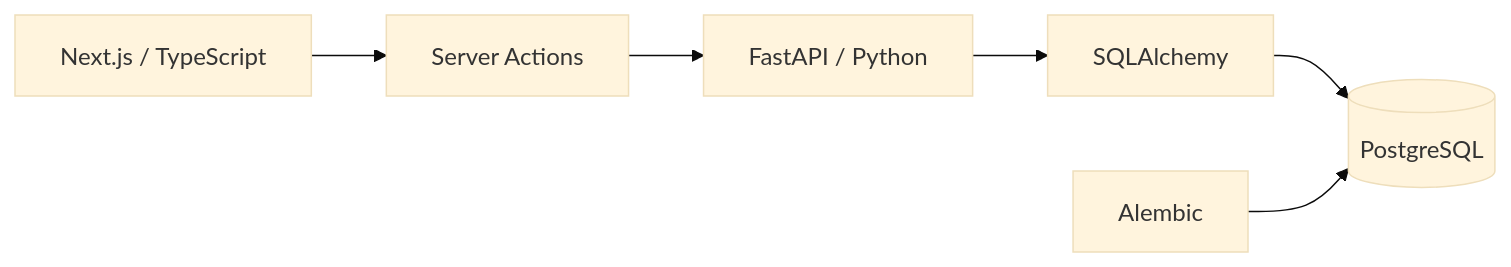
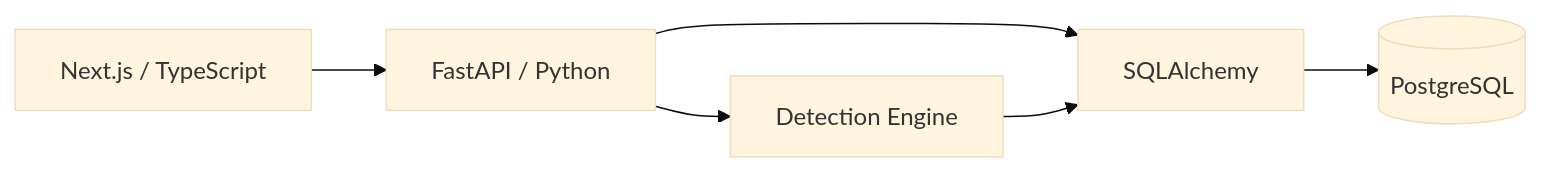
Before and after one commit to danielguillaumont/case-zero: the diagram in README.md, drawn with Mermaid (base theme). The commit also changed other lines of this file, not shown here.

````diff
--- a/README.md
+++ b/README.md
@@ -191,15 +139,14 @@
 ```mermaid
 flowchart LR
     UI["Next.js / TypeScript"]
-    ACTIONS["Server Actions"]
     API["FastAPI / Python"]
+    DET["Detection Engine"]
     ORM["SQLAlchemy"]
     DB[("PostgreSQL")]
-    MIG["Alembic"]
 
-    UI --> ACTIONS
-    ACTIONS --> API
+    UI --> API
+    API --> DET
     API --> ORM
+    DET --> ORM
     ORM --> DB
-    MIG --> DB
 ```
````
